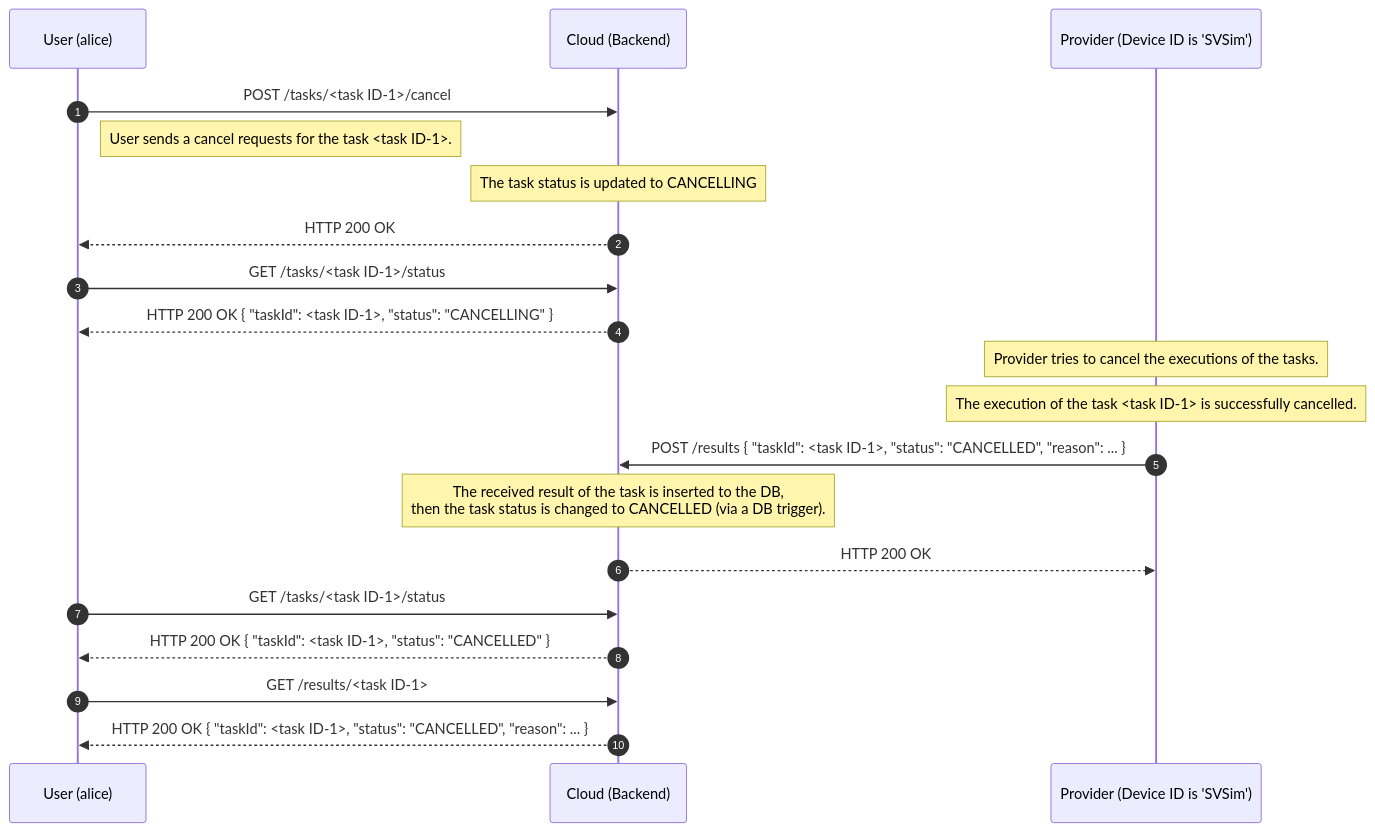
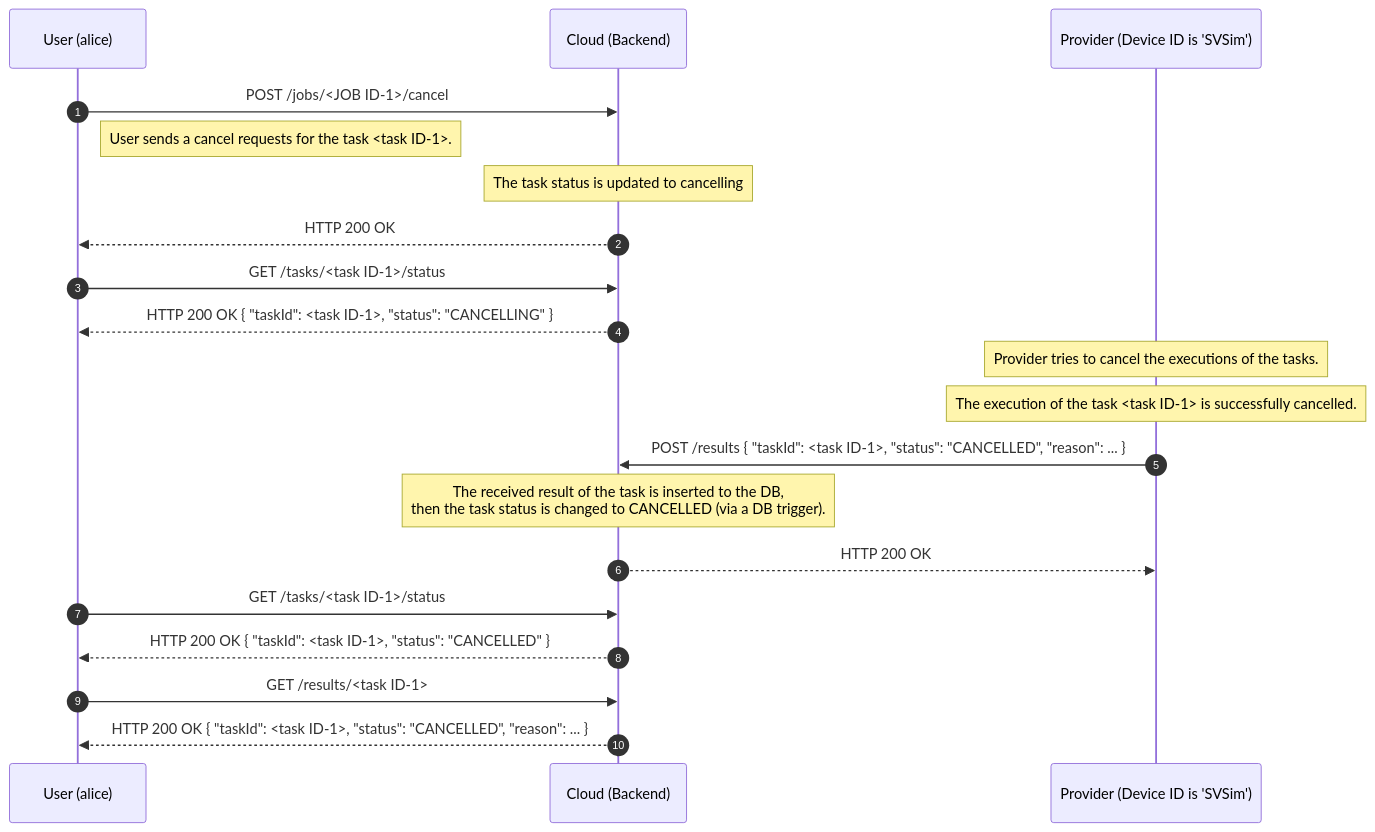
The third of 3 diagrams in docs/en/architecture/sequence_diagram.md (oqtopus-team/oqtopus-cloud), drawn with Mermaid before and after one commit. The commit also changed other lines of this file and 79 other files, not shown here.

Commit message:
refactor: Revise job schemas  (#43)

````diff
--- a/docs/en/architecture/sequence_diagram.md
+++ b/docs/en/architecture/sequence_diagram.md
@@ -138,28 +138,28 @@
 ```mermaid
 sequenceDiagram
     autonumber
     participant User as User (alice)
     participant Cloud as Cloud (Backend)
     participant Provider as Provider (Device ID is 'SVSim')
 
-    User->>Cloud: POST /tasks/<task ID-1>/cancel
+    User->>Cloud: POST /jobs/<JOB ID-1>/cancel
     Note right of User: User sends a cancel requests for the task <task ID-1>.
-    Note over Cloud: The task status is updated to CANCELLING
+    Note over Cloud: The task status is updated to cancelling
     Cloud-->>User: HTTP 200 OK
 
     User->>Cloud: GET /tasks/<task ID-1>/status
     Cloud-->>User: HTTP 200 OK { "taskId": <task ID-1>, "status": "CANCELLING" }
 
     Note over Provider: Provider tries to cancel the executions of the tasks.
     Note over Provider: The execution of the task <task ID-1> is successfully cancelled.
     Provider->>Cloud: POST /results { "taskId": <task ID-1>, "status": "CANCELLED", "reason": ... }
 
     Note over Cloud: The received result of the task is inserted to the DB,<br> then the task status is changed to CANCELLED (via a DB trigger).
     Cloud-->>Provider: HTTP 200 OK
 
     User->>Cloud: GET /tasks/<task ID-1>/status
     Cloud-->>User: HTTP 200 OK { "taskId": <task ID-1>, "status": "CANCELLED" }
 
     User->>Cloud: GET /results/<task ID-1>
     Cloud-->>User: HTTP 200 OK { "taskId": <task ID-1>, "status": "CANCELLED", "reason": ... }
 ```
````
